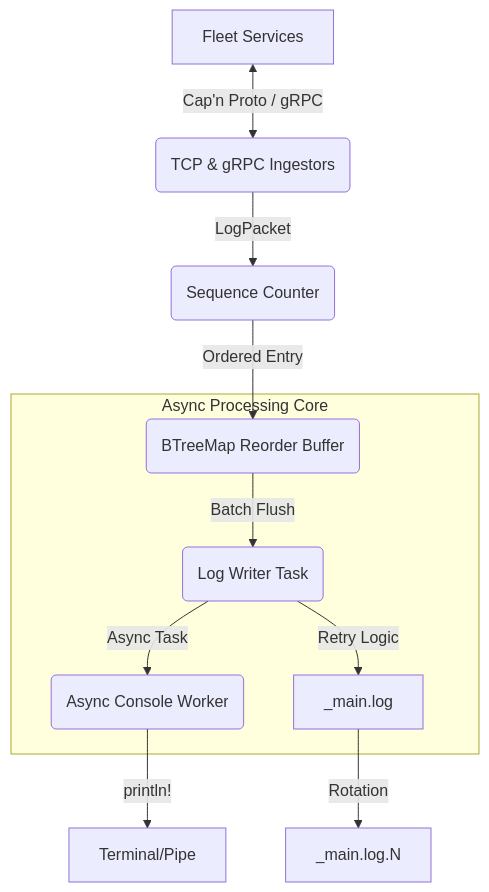
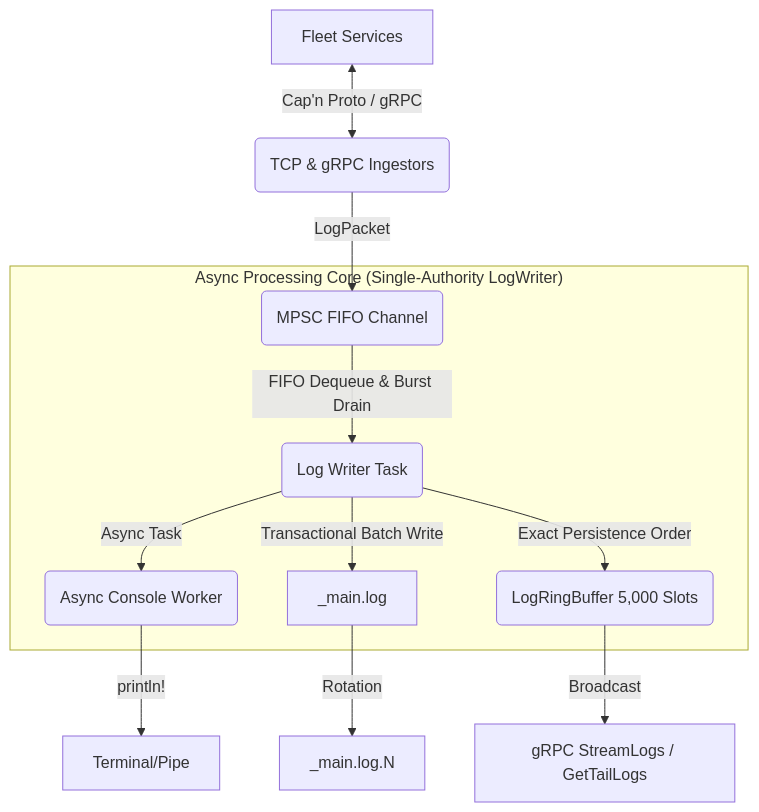
Before and after one commit to Bastien-Antigravity/log-server: the diagram in ARCHITECTURE.md, drawn with Mermaid. The commit also changed other lines of this file and 16 other files, not shown here.

````diff
--- a/ARCHITECTURE.md
+++ b/ARCHITECTURE.md
@@ -25,15 +25,16 @@
 ```mermaid
 graph TD
     Sources[Fleet Services] <-->|Cap'n Proto / gRPC| Ingestors(TCP & gRPC Ingestors)
-    Ingestors -->|LogPacket| Sequencer(Sequence Counter)
-    Sequencer -->|Ordered Entry| Buffer(BTreeMap Reorder Buffer)
+    Ingestors -->|LogPacket| Channel(MPSC FIFO Channel)
     
-    subgraph "Async Processing Core"
-        Buffer -->|Batch Flush| LogWriter(Log Writer Task)
+    subgraph "Async Processing Core (Single-Authority LogWriter)"
+        Channel -->|FIFO Dequeue & Burst Drain| LogWriter(Log Writer Task)
         LogWriter -->|Async Task| Console(Async Console Worker)
-        LogWriter -->|Retry Logic| Disk[_main.log]
+        LogWriter -->|Transactional Batch Write| Disk[_main.log]
+        LogWriter -->|Exact Persistence Order| RingBuffer(LogRingBuffer 5,000 Slots)
     end
     
     Console -->|println!| Stdout[Terminal/Pipe]
     Disk -->|Rotation| Backups[_main.log.N]
+    RingBuffer -->|Broadcast| Stream[gRPC StreamLogs / GetTailLogs]
 ```
````
